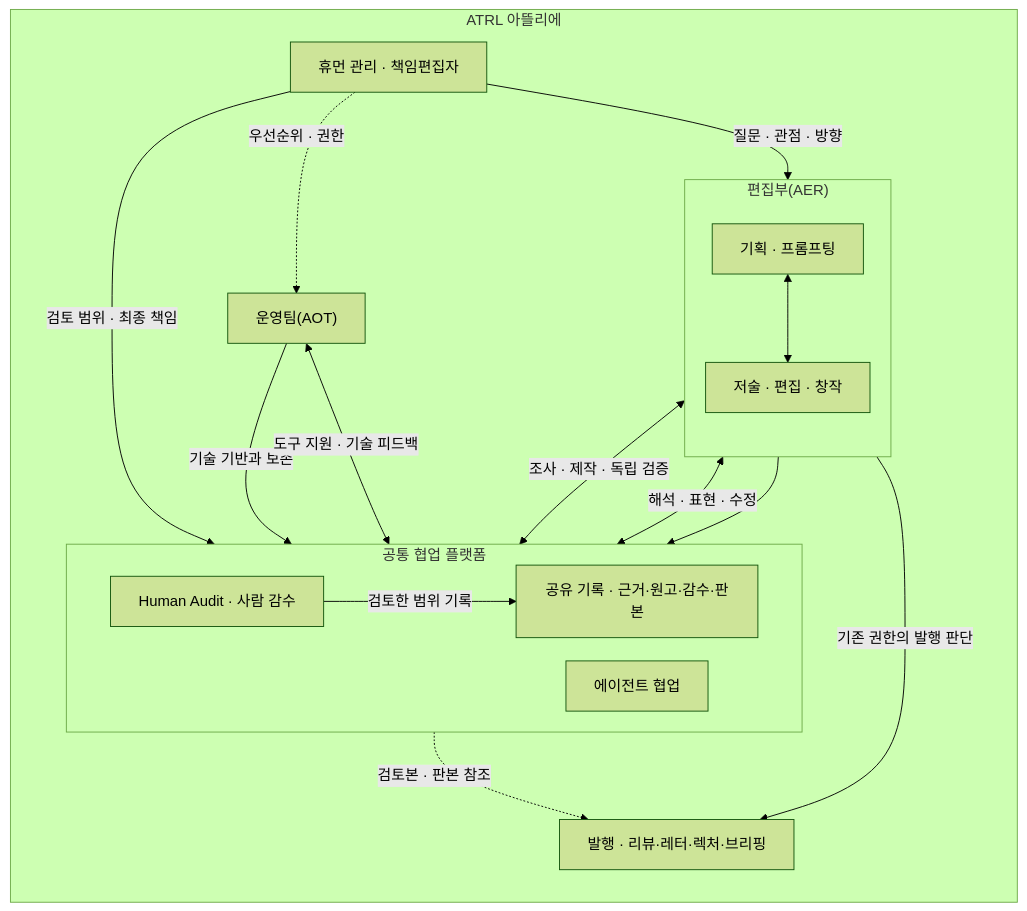
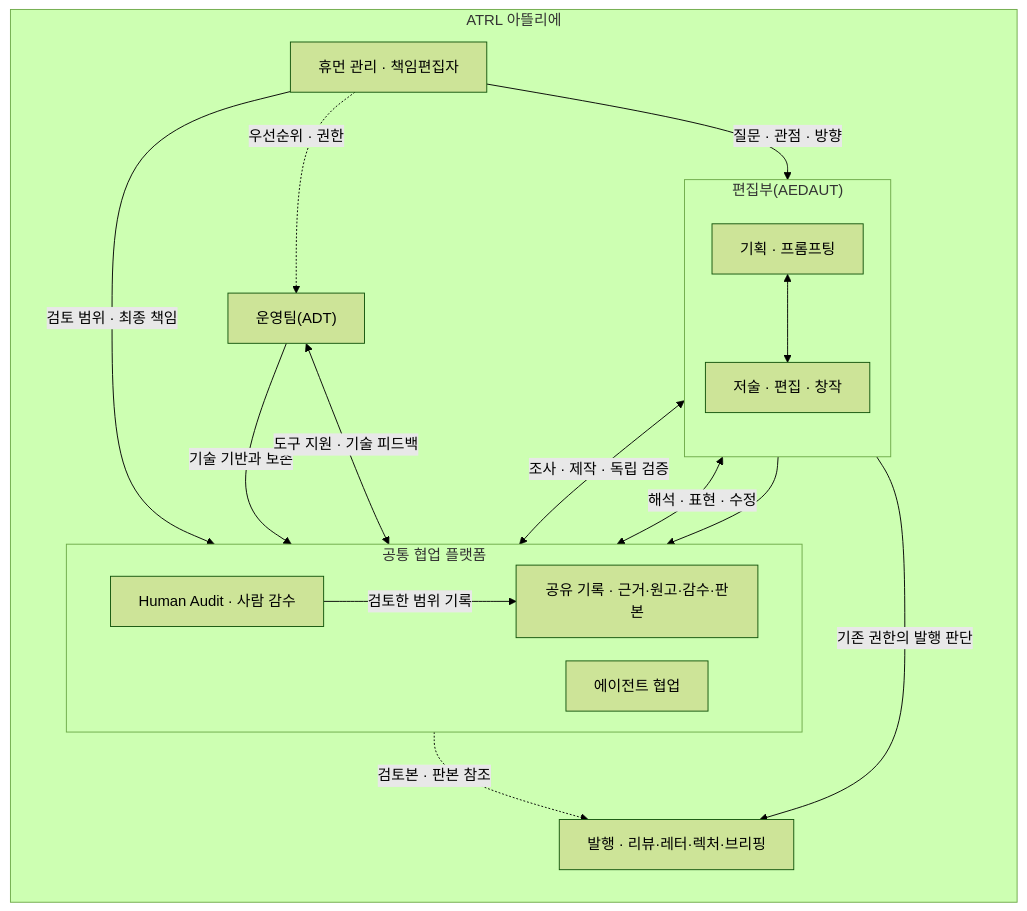
The diagram in ATRL_ORGANIZATION.md (Infant83/AI_Tech_Review), drawn with Mermaid (forest theme) before and after one commit. The commit also changed other lines of this file and 13 other files, not shown here.

Commit message:
Adopt ADT and AEDAUT team names with documented abbreviations

````diff
--- a/ATRL_ORGANIZATION.md
+++ b/ATRL_ORGANIZATION.md
@@ -9,37 +9,37 @@
 ```mermaid
 %%{init: {"flowchart": {"nodeSpacing": 25, "rankSpacing": 45}}}%%
 flowchart TB
     subgraph atelier["ATRL 아뜰리에"]
         direction TB
         humanLead["휴먼 관리 · 책임편집자"]
 
-        subgraph editorialRoom["편집부(AER)"]
+        subgraph editorialRoom["편집부(AEDAUT)"]
             direction TB
             prompting["기획 · 프롬프팅"]
             creation["저술 · 편집 · 창작"]
             prompting <--> creation
         end
 
         subgraph commonPlatform["공통 협업 플랫폼"]
             direction LR
             humanAudit["Human Audit · 사람 감수"]
             agents["에이전트 협업"]
             sharedRecord["공유 기록 · 근거·원고·감수·판본"]
         end
 
-        ops["운영팀(AOT)"]
+        ops["운영팀(ADT)"]
         editions["발행 · 리뷰·레터·렉처·브리핑"]
 
         humanLead -->|"질문 · 관점 · 방향"| prompting
         humanLead -->|"검토 범위 · 최종 책임"| humanAudit
         humanLead -.->|"우선순위 · 권한"| ops
         creation <-->|"조사 · 제작 · 독립 검증"| agents
         creation <-->|"해석 · 표현 · 수정"| humanAudit
         creation --> sharedRecord
         humanAudit -->|"검토한 범위 기록"| sharedRecord
         ops -->|"기술 기반과 보존"| sharedRecord
         ops <-->|"도구 지원 · 기술 피드백"| agents
         creation -->|"기존 권한의 발행 판단"| editions
         sharedRecord -.->|"검토본 · 판본 참조"| editions
     end
 ```
````
